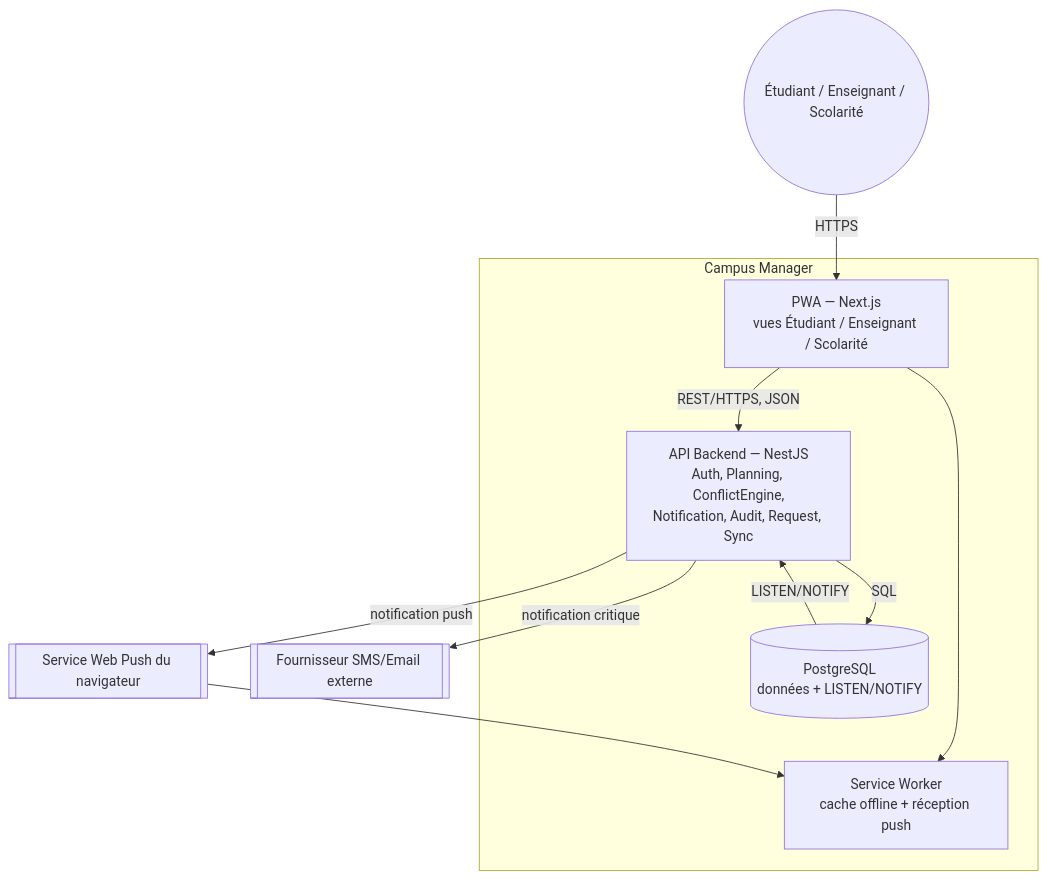
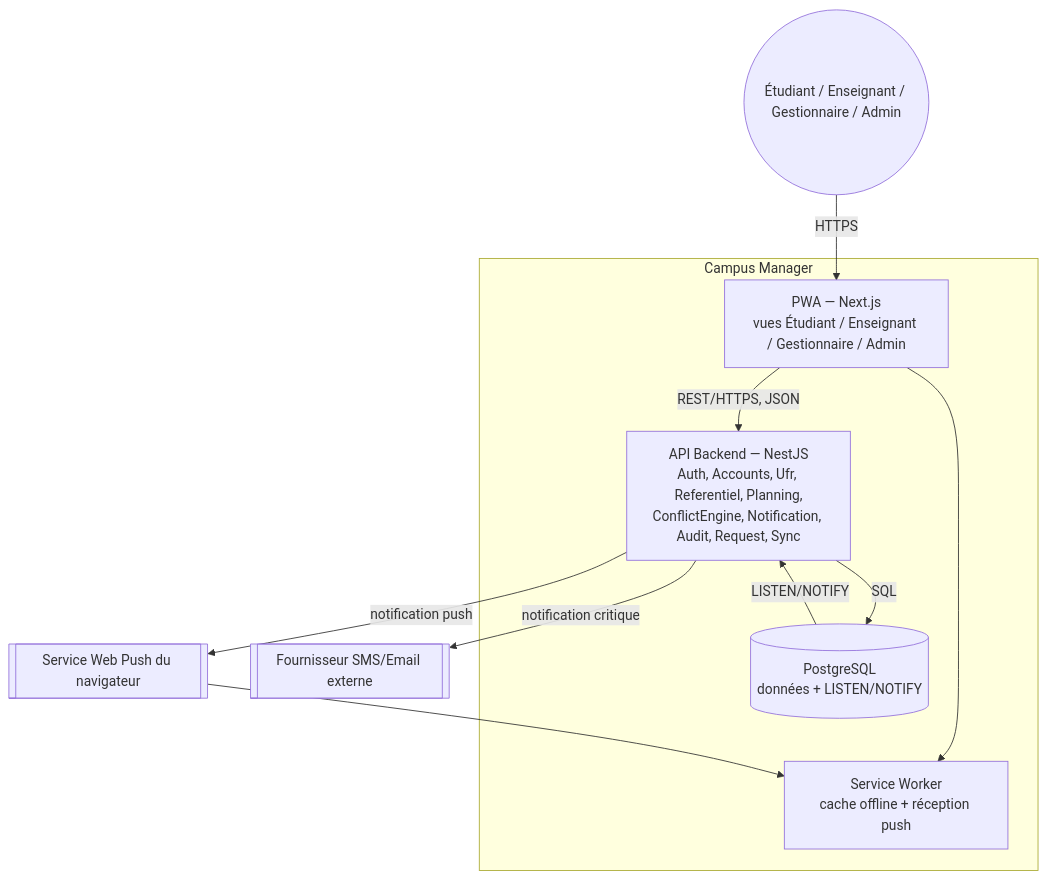
One commit to Kevin23phx/Gestionnaire_emploi_de_temps changed the fifth of 6 diagrams in docs/05_UML_C4_Campus_Manager.md. Above: the diagram before and after it, drawn with Mermaid. The commit also changed other lines of this file and 24 other files, not shown here.

````diff
--- a/docs/05_UML_C4_Campus_Manager.md
+++ b/docs/05_UML_C4_Campus_Manager.md
@@ -117,23 +163,23 @@
 ```mermaid
 graph TB
-    Utilisateur((Étudiant / Enseignant / Scolarité))
+    Utilisateur((Étudiant / Enseignant / Gestionnaire / Admin))
 
     subgraph "Campus Manager"
-        PWA["PWA — Next.js<br/>vues Étudiant / Enseignant / Scolarité"]
+        PWA["PWA — Next.js<br/>vues Étudiant / Enseignant / Gestionnaire / Admin"]
         SW["Service Worker<br/>cache offline + réception push"]
-        API["API Backend — NestJS<br/>Auth, Planning, ConflictEngine,<br/>Notification, Audit, Request, Sync"]
+        API["API Backend — NestJS<br/>Auth, Accounts, Ufr, Referentiel, Planning,<br/>ConflictEngine, Notification, Audit, Request, Sync"]
         DB[("PostgreSQL<br/>données + LISTEN/NOTIFY")]
     end
 
     SMS[["Fournisseur SMS/Email externe"]]
     WebPush[["Service Web Push du navigateur"]]
 
     Utilisateur -->|HTTPS| PWA
     PWA --> SW
     PWA -->|REST/HTTPS, JSON| API
     API -->|SQL| DB
     DB -->|LISTEN/NOTIFY| API
     API -->|notification critique| SMS
     API -->|notification push| WebPush
     WebPush --> SW
 ```
````
